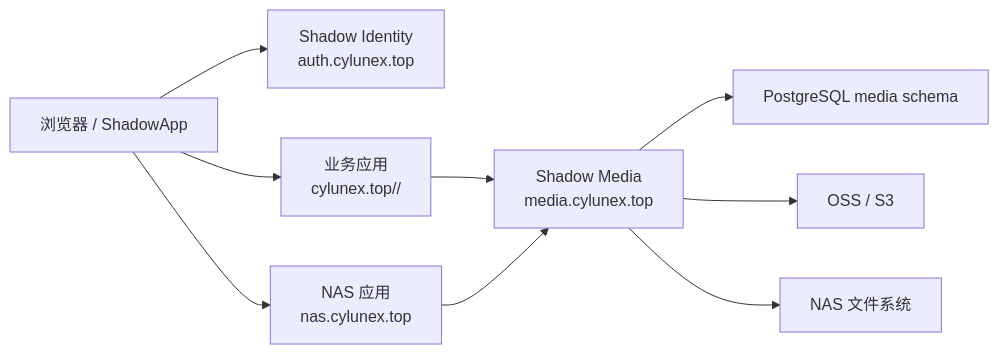
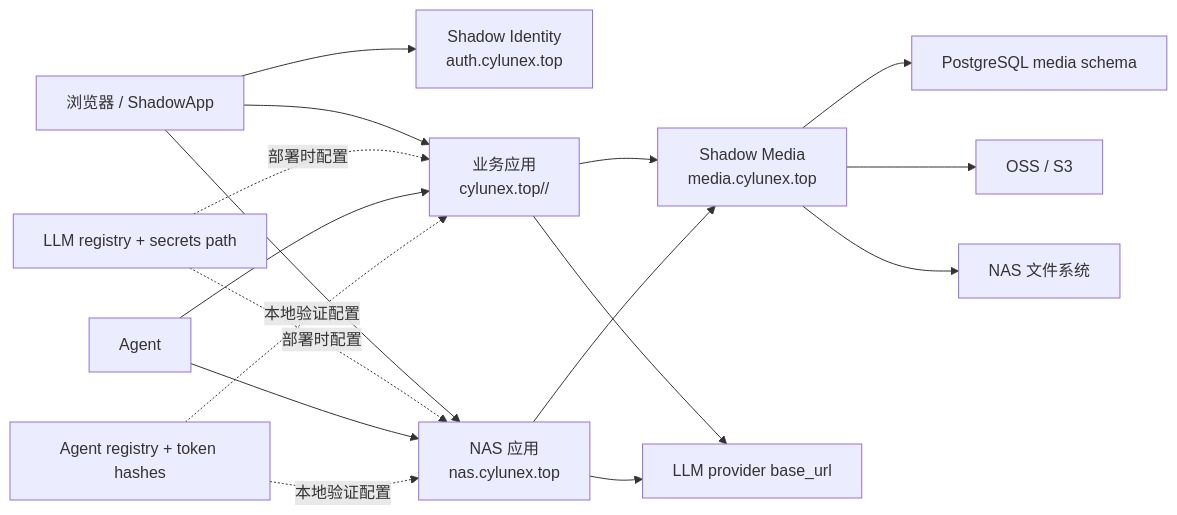
The first of 2 diagrams in docs/architecture.md (Cylunex/shadow-platform), drawn with Mermaid before and after one commit. The commit also changed other lines of this file and 21 other files, not shown here.

Commit message:
feat: unify direct LLM config and agent access

````diff
--- a/docs/architecture.md
+++ b/docs/architecture.md
@@ -16,11 +17,19 @@
 ```mermaid
 flowchart LR
     U["浏览器 / ShadowApp"] --> IDP["Shadow Identity\nauth.cylunex.top"]
     U --> APP["业务应用\ncylunex.top/<app>/"]
     U --> NAS["NAS 应用\nnas.cylunex.top"]
     APP --> MEDIA["Shadow Media\nmedia.cylunex.top"]
     NAS --> MEDIA
     MEDIA --> PG["PostgreSQL media schema"]
     MEDIA --> OSS["OSS / S3"]
     MEDIA --> FS["NAS 文件系统"]
+    CFG["LLM registry + secrets path"] -.部署时配置.-> APP
+    CFG -.部署时配置.-> NAS
+    APP --> LLM["LLM provider base_url"]
+    NAS --> LLM
+    AGENT["Agent"] --> APP
+    AGENT --> NAS
+    ACFG["Agent registry + token hashes"] -.本地验证配置.-> APP
+    ACFG -.本地验证配置.-> NAS
 ```
````
